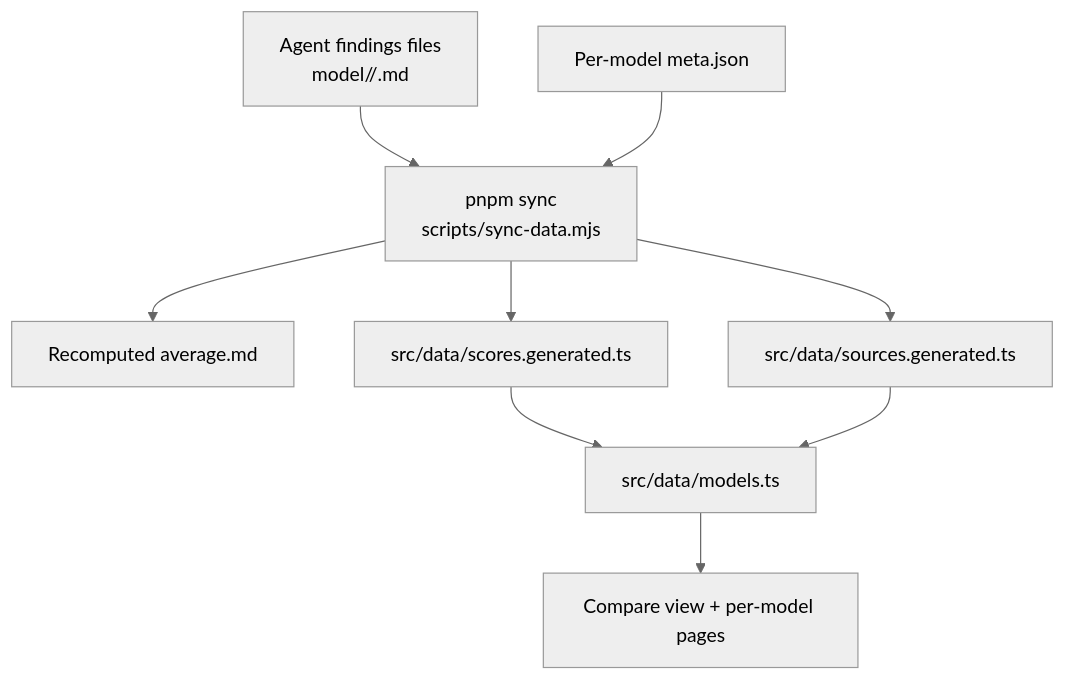
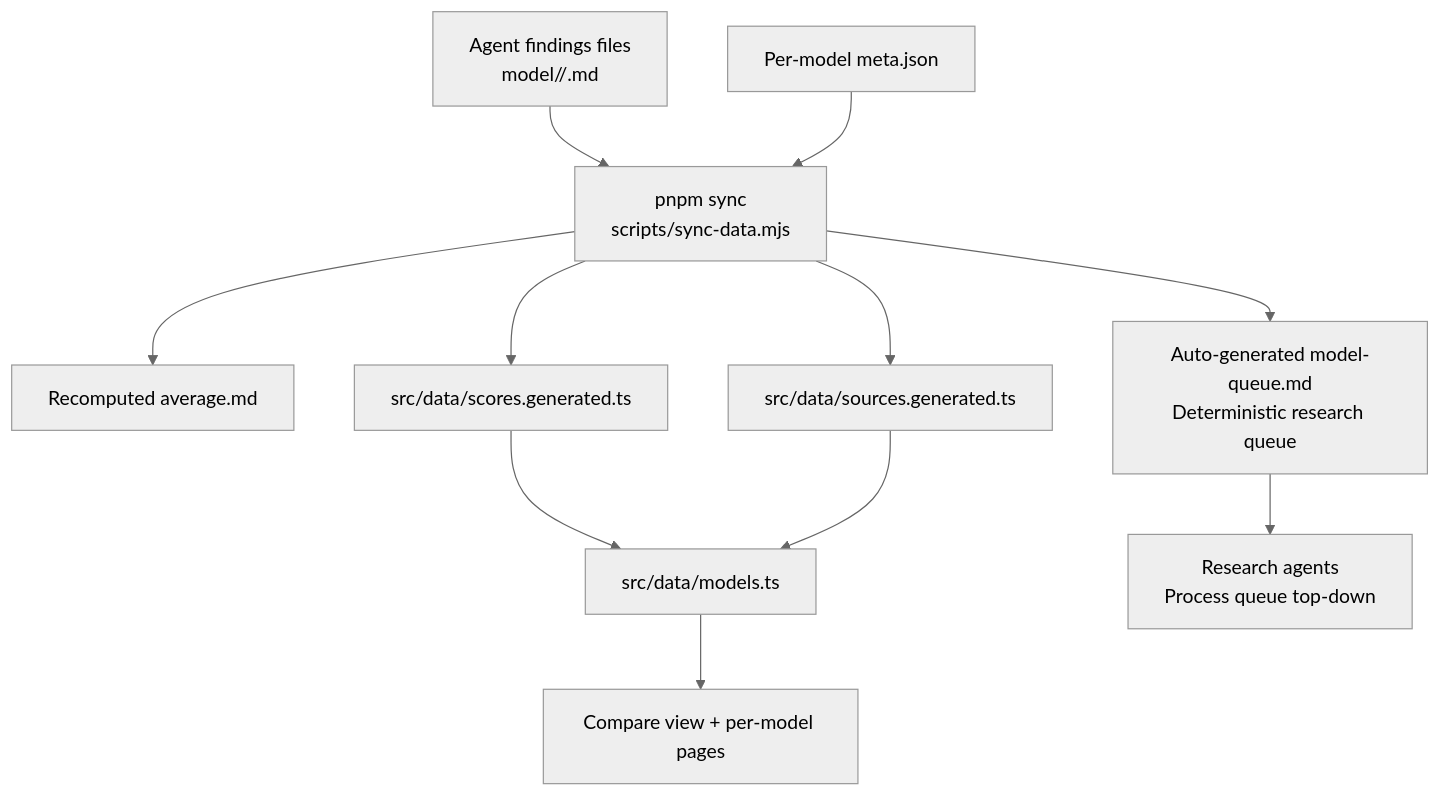
The first of 11 diagrams in .qoder/repowiki/en/content/Model Research & Evaluation/Model Research & Evaluation.md (delirium-dj/modelcomp), drawn with Mermaid (neutral theme) before and after one commit. The commit also changed other lines of this file and 141 other files, not shown here.

````diff
--- a/.qoder/repowiki/en/content/Model Research & Evaluation/Model Research & Evaluation.md
+++ b/.qoder/repowiki/en/content/Model Research & Evaluation/Model Research & Evaluation.md
@@ -82,11 +85,13 @@
 ```mermaid
 graph TB
 AgentFiles["Agent findings files<br/>model/<slug>/<Source_Name>.md"] --> Sync["pnpm sync<br/>scripts/sync-data.mjs"]
 Meta["Per-model meta.json"] --> Sync
 Sync --> Average["Recomputed average.md"]
+Sync --> QueueFile["Auto-generated model-queue.md<br/>Deterministic research queue"]
 Sync --> GeneratedScores["src/data/scores.generated.ts"]
 Sync --> SourceRegistry["src/data/sources.generated.ts"]
 GeneratedScores --> ModelsTS["src/data/models.ts"]
 SourceRegistry --> ModelsTS
+QueueFile --> Agents["Research agents<br/>Process queue top-down"]
 ModelsTS --> UI["Compare view + per-model pages"]
 ```
````
